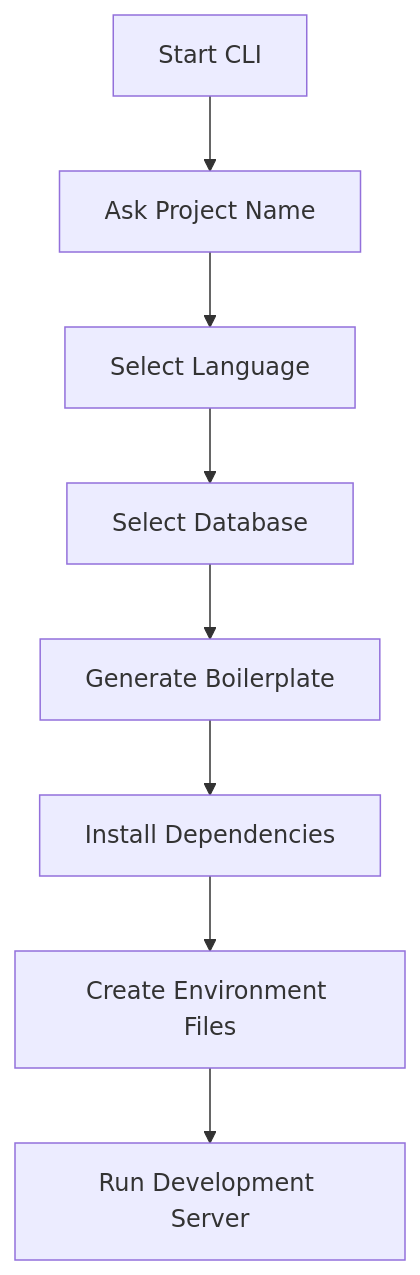
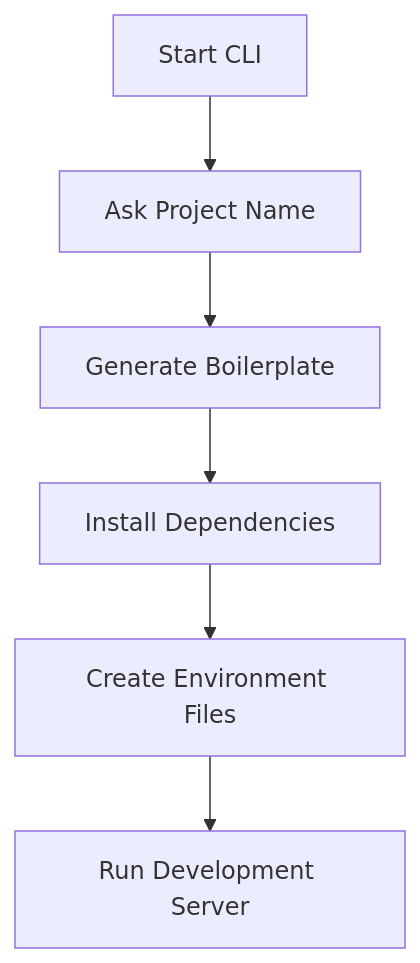
One commit to Rktechpro/rnode-npm changed the diagram in README.md. Above: the diagram before and after it, drawn with Mermaid. The commit also changed other lines of this file and 1 other file, not shown here.

````diff
--- a/README.md
+++ b/README.md
@@ -249,10 +247,8 @@
 ```mermaid
 graph TD
 A[Start CLI] --> B[Ask Project Name]
-B --> C[Select Language]
-C --> D[Select Database]
-D --> E[Generate Boilerplate]
-E --> F[Install Dependencies]
-F --> G[Create Environment Files]
-G --> H[Run Development Server]
+B --> C[Generate Boilerplate]
+C --> D[Install Dependencies]
+D --> E[Create Environment Files]
+E --> F[Run Development Server]
 ```
````
